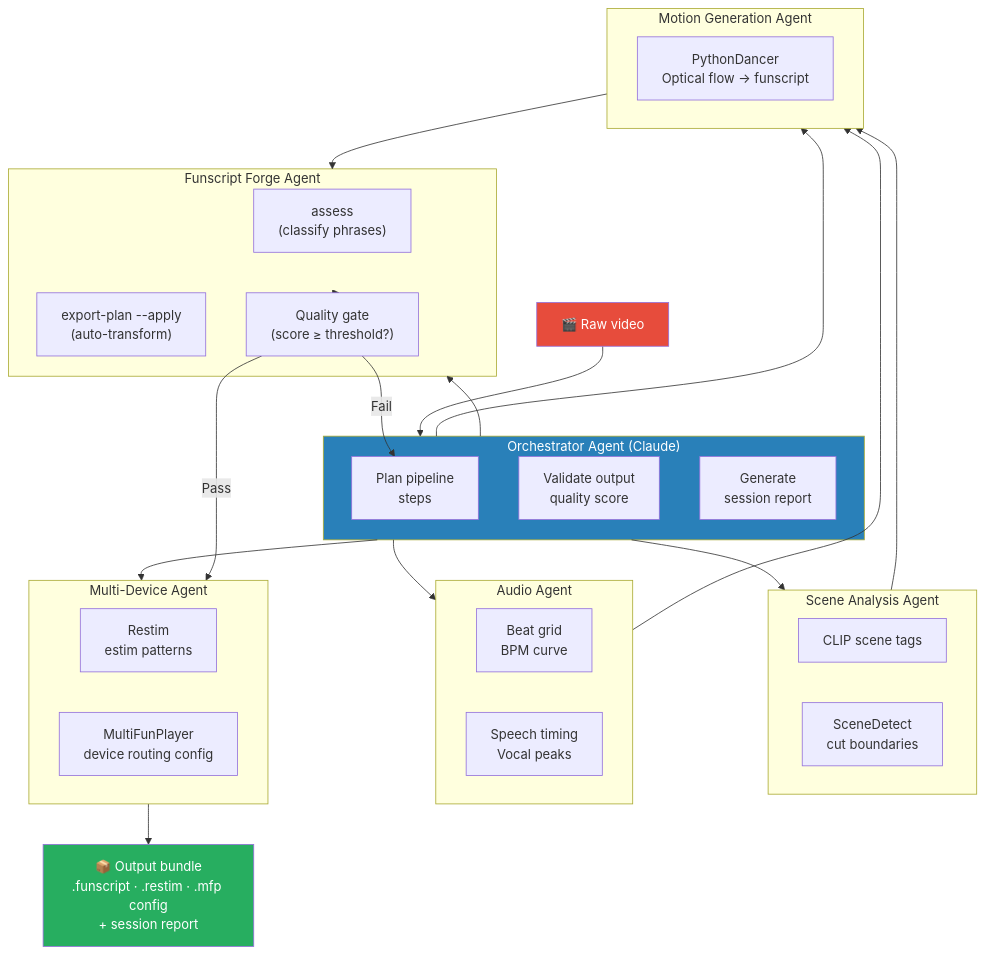
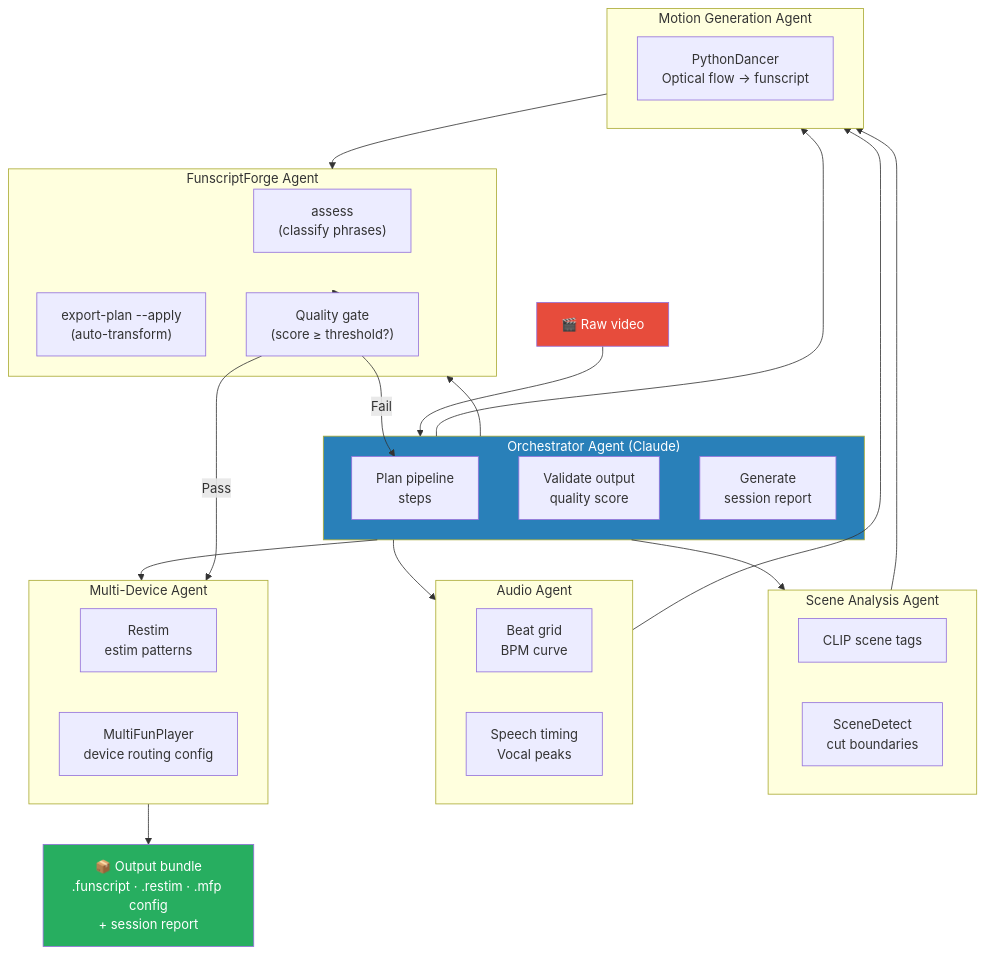
One commit to liquid-releasing/funscript-updater changed the tenth of 11 diagrams in internal/diagrams.md. Above: the diagram before and after it, drawn with Mermaid. The commit also changed other lines of this file and 33 other files, not shown here.

````diff
--- a/internal/diagrams.md
+++ b/internal/diagrams.md
@@ -255,54 +255,54 @@
 ```mermaid
 flowchart TD
     Video["🎬 Raw video"] --> Orchestrator
 
     subgraph Orchestrator["Orchestrator Agent (Claude)"]
         Plan["Plan pipeline\nsteps"]
         Validate["Validate output\nquality score"]
         Explain["Generate\nsession report"]
     end
 
     Orchestrator --> SceneAgent
     Orchestrator --> AudioAgent
     Orchestrator --> MotionAgent
     Orchestrator --> ForgeAgent
     Orchestrator --> DeviceAgent
 
     subgraph SceneAgent["Scene Analysis Agent"]
         CLIP["CLIP scene tags"]
         SceneDetect["SceneDetect\ncut boundaries"]
     end
 
     subgraph AudioAgent["Audio Agent"]
         Librosa["Beat grid\nBPM curve"]
         Whisper["Speech timing\nVocal peaks"]
     end
 
     subgraph MotionAgent["Motion Generation Agent"]
         PythonDancer["PythonDancer\nOptical flow → funscript"]
     end
 
-    subgraph ForgeAgent["Funscript Forge Agent"]
+    subgraph ForgeAgent["FunscriptForge Agent"]
         Assess["assess\n(classify phrases)"]
         Transform["export-plan --apply\n(auto-transform)"]
         QualityGate["Quality gate\n(score ≥ threshold?)"]
     end
 
     subgraph DeviceAgent["Multi-Device Agent"]
         Restim["Restim\nestim patterns"]
         MFP["MultiFunPlayer\ndevice routing config"]
     end
 
     SceneAgent --> MotionAgent
     AudioAgent --> MotionAgent
     MotionAgent --> ForgeAgent
     ForgeAgent --> QualityGate
     QualityGate -->|Pass| DeviceAgent
     QualityGate -->|Fail| Plan
 
     DeviceAgent --> Output["📦 Output bundle\n.funscript · .restim · .mfp config\n+ session report"]
 
     style Video fill:#e74c3c,color:#fff
     style Output fill:#27ae60,color:#fff
     style Orchestrator fill:#2980b9,color:#fff
 ```
````
